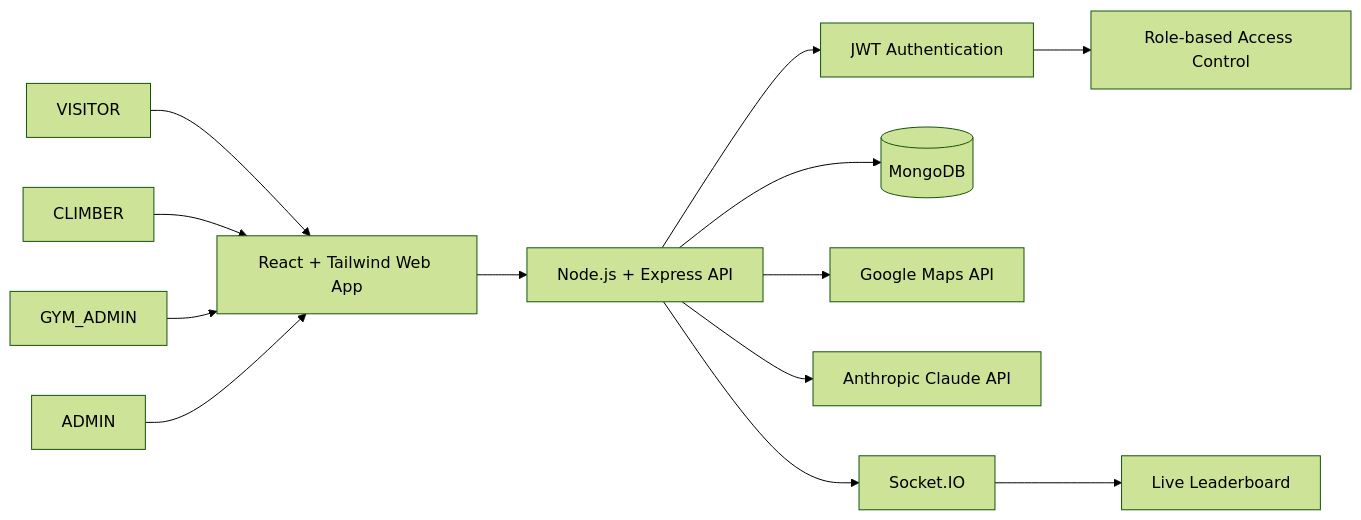
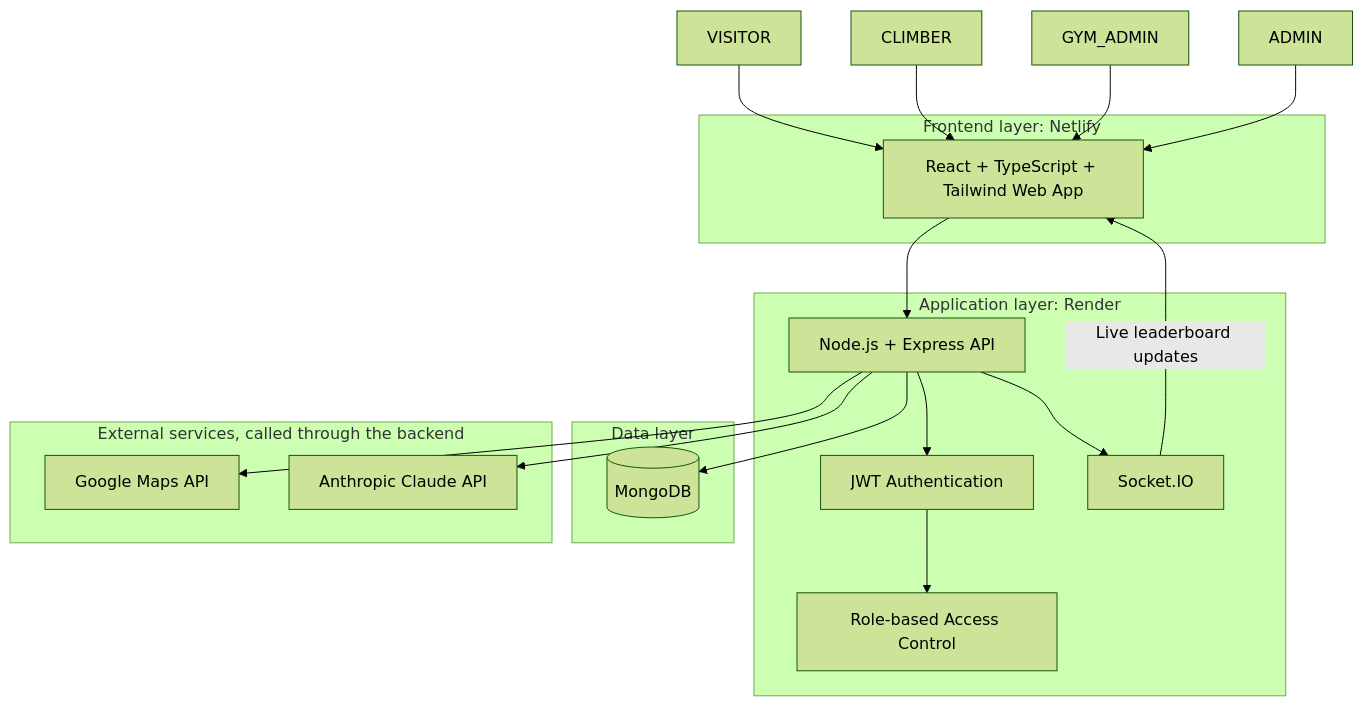
Before and after one commit to COMP313-T3/Software-Project-2: the diagram in specs/specs.md, drawn with Mermaid (forest theme). The commit also changed other lines of this file and 3 other files, not shown here.

````diff
--- a/specs/specs.md
+++ b/specs/specs.md
@@ -387,15 +387,31 @@
 ```mermaid
-flowchart LR
-    V[VISITOR] --> UI[React + Tailwind Web App]
+flowchart TB
+    V[VISITOR] --> UI
     C[CLIMBER] --> UI
     GA[GYM_ADMIN] --> UI
     A[ADMIN] --> UI
-    UI --> API[Node.js + Express API]
-    API --> AUTH[JWT Authentication]
-    AUTH --> RBAC[Role-based Access Control]
-    API --> DB[(MongoDB)]
-    API --> MAP[Google Maps API]
-    API --> AI[Anthropic Claude API]
-    API --> SOCKET[Socket.IO]
-    SOCKET --> LIVE[Live Leaderboard]
+    subgraph FRONTEND[Frontend layer: Netlify]
+        UI[React + TypeScript + Tailwind Web App]
+    end
+    subgraph APPLICATION[Application layer: Render]
+        API[Node.js + Express API]
+        AUTH[JWT Authentication]
+        RBAC[Role-based Access Control]
+        SOCKET[Socket.IO]
+    end
+    subgraph DATA[Data layer]
+        DB[(MongoDB)]
+    end
+    subgraph EXTERNAL[External services, called through the backend]
+        MAP[Google Maps API]
+        AI[Anthropic Claude API]
+    end
+    UI --> API
+    API --> AUTH
+    AUTH --> RBAC
+    API --> SOCKET
+    SOCKET -->|Live leaderboard updates| UI
+    API --> DB
+    API --> MAP
+    API --> AI
 ```
````
